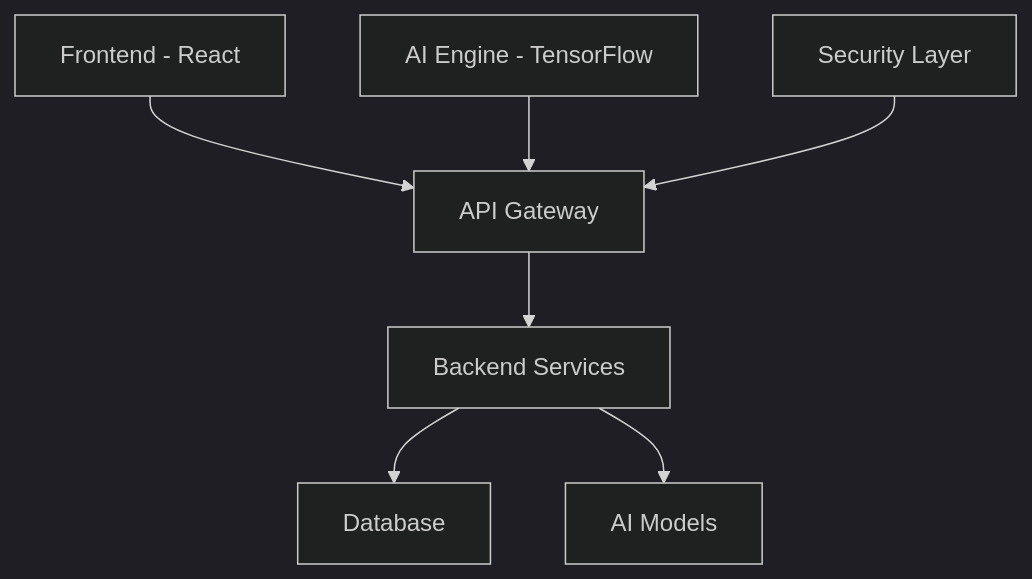
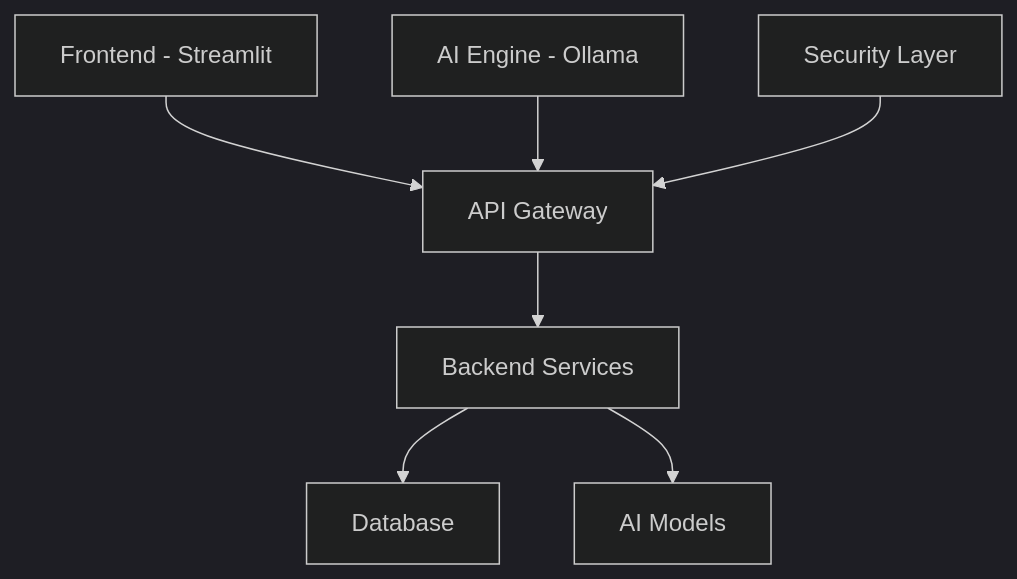
The first of 2 diagrams in README.md (ImTani/safe-space), drawn with Mermaid (dark theme) before and after one commit. The commit also changed other lines of this file, not shown here.

Commit message:
feat: update README to reflect changes in frontend and AI engine technologies

````diff
--- a/README.md
+++ b/README.md
@@ -37,9 +37,9 @@
 ```mermaid
 graph TD
-    A[Frontend - React] --> D[API Gateway]
-    B[AI Engine - TensorFlow] --> D
+    A[Frontend - Streamlit] --> D[API Gateway]
+    B[AI Engine - Ollama] --> D
     C[Security Layer] --> D
     D --> E[Backend Services]
     E --> F[Database]
     E --> G[AI Models]
 ```
````
